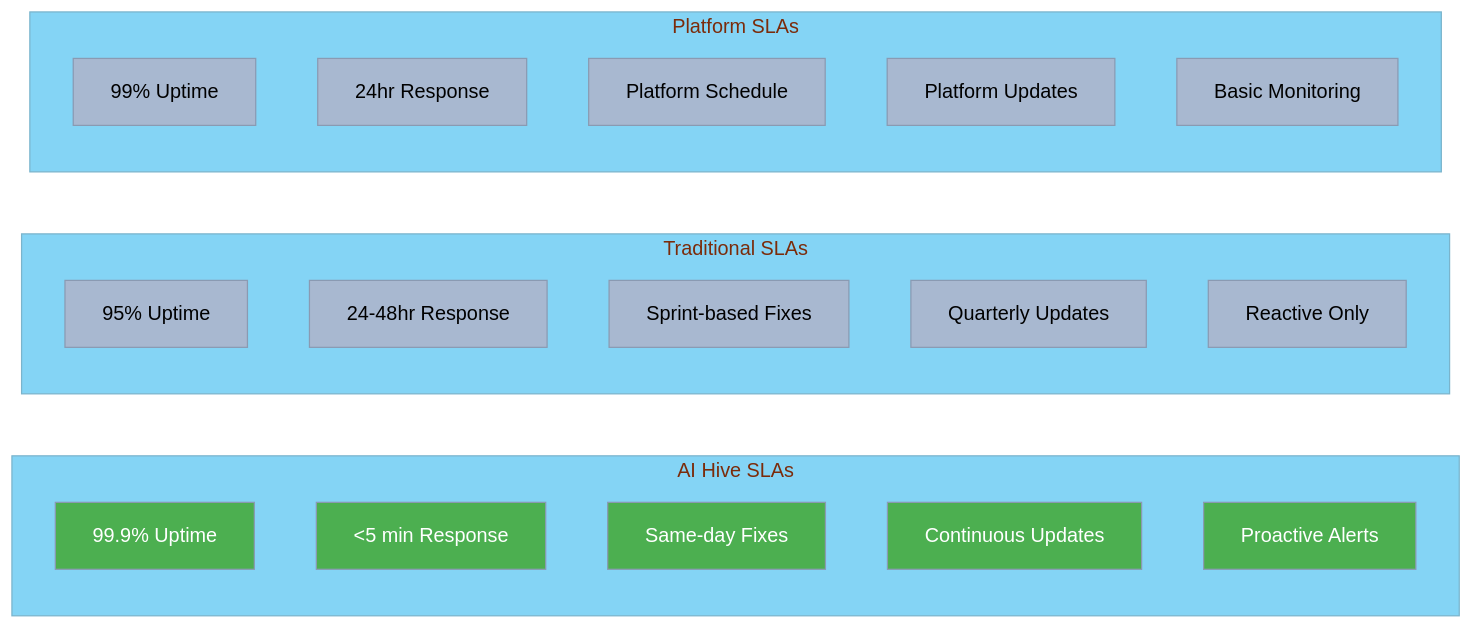
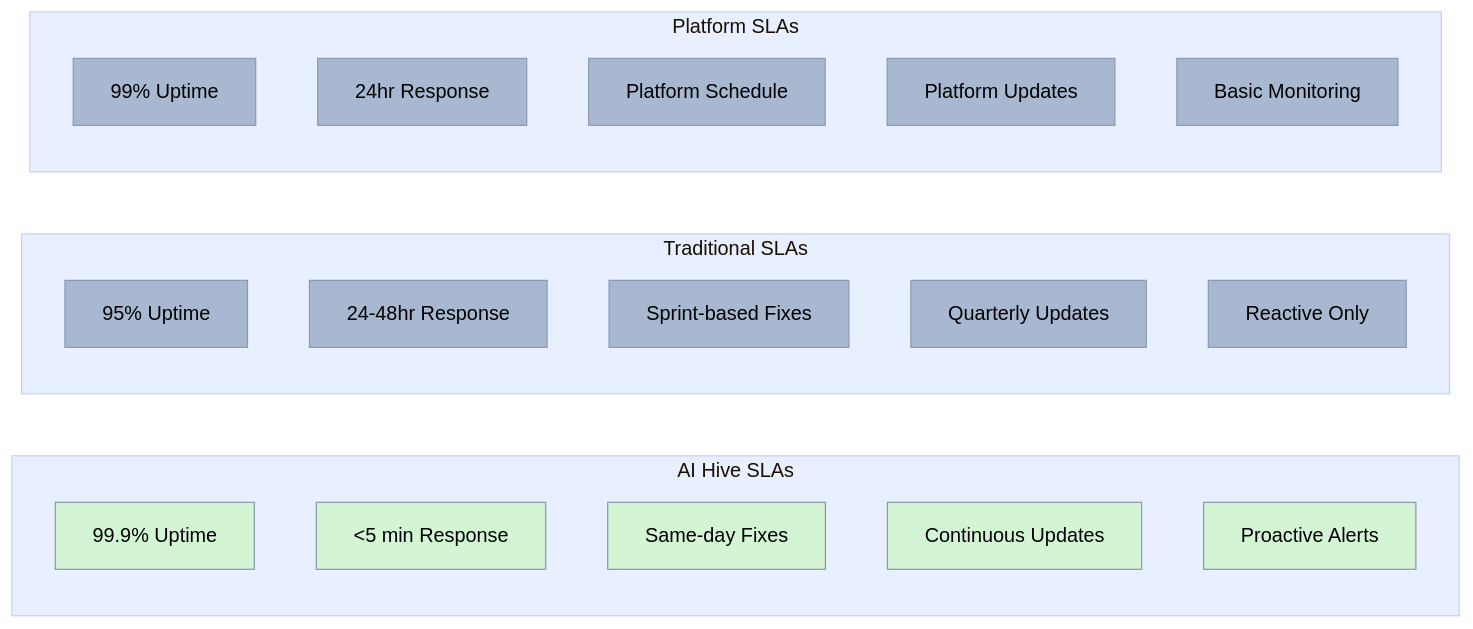
Before and after one commit to o2alexanderfedin/AI-Hive-Business-Docs: the sixth of 10 diagrams in business-documents/competitive-positioning/04-feature-comparison.md, drawn with Mermaid. The commit also changed other lines of this file and 3 other files, not shown here.

````diff
--- a/business-documents/competitive-positioning/04-feature-comparison.md
+++ b/business-documents/competitive-positioning/04-feature-comparison.md
@@ -434,44 +471,44 @@
 ```mermaid
 %%{init: {
   'theme': 'base',
   'themeVariables': {
     'primaryColor': '#A8B8D0',
     'primaryTextColor': '#000000',
     'primaryBorderColor': '#8A9AB2',
     'lineColor': '#8A9AB2',
-    'secondaryColor': '#5DBCB6',
-    'tertiaryColor': '#84D4F5',
+    'secondaryColor': '#B8E0D8',
+    'tertiaryColor': '#E8F0FF',
     'background': '#F5F5F5'
   }
 }}%%
 graph LR
     subgraph "AI Hive SLAs"
         A1[99.9% Uptime]
         B1[<5 min Response]
         C1[Same-day Fixes]
         D1[Continuous Updates]
         E1[Proactive Alerts]
 
-        style A1 fill:#4CAF50,color:#fff
-        style B1 fill:#4CAF50,color:#fff
-        style C1 fill:#4CAF50,color:#fff
-        style D1 fill:#4CAF50,color:#fff
-        style E1 fill:#4CAF50,color:#fff
+        style A1 fill:#D4F5D4,color:#000
+        style B1 fill:#D4F5D4,color:#000
+        style C1 fill:#D4F5D4,color:#000
+        style D1 fill:#D4F5D4,color:#000
+        style E1 fill:#D4F5D4,color:#000
     end
 
     subgraph "Traditional SLAs"
         A2[95% Uptime]
         B2[24-48hr Response]
         C2[Sprint-based Fixes]
         D2[Quarterly Updates]
         E2[Reactive Only]
     end
 
     subgraph "Platform SLAs"
         A3[99% Uptime]
         B3[24hr Response]
         C3[Platform Schedule]
         D3[Platform Updates]
         E3[Basic Monitoring]
     end
 ```
````
